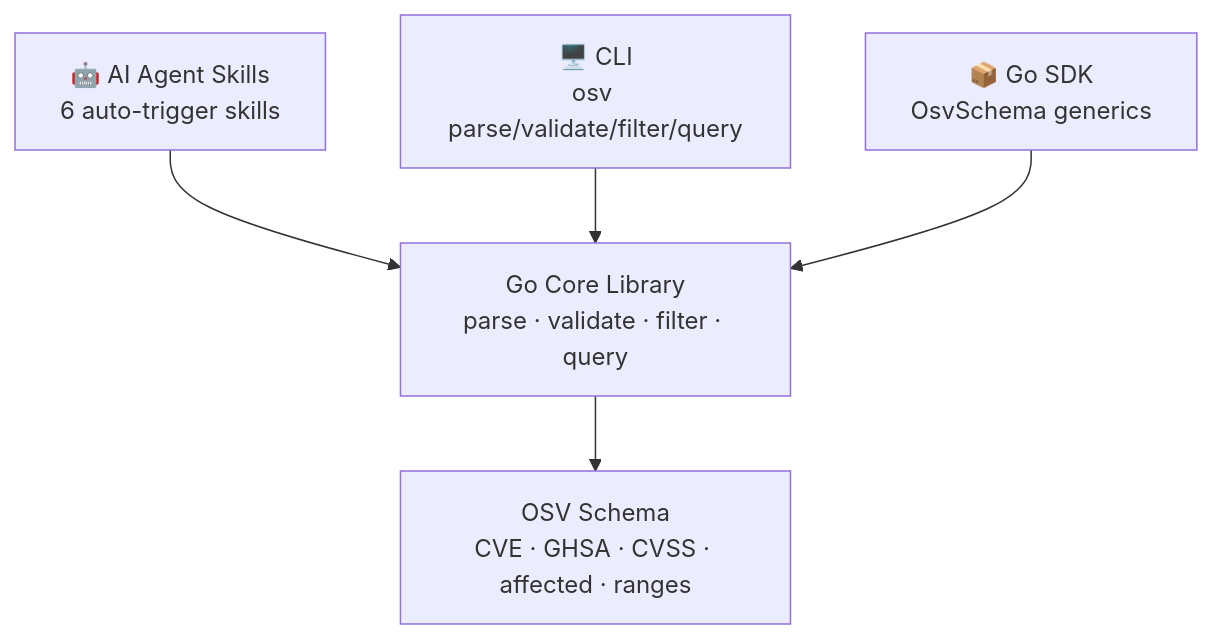
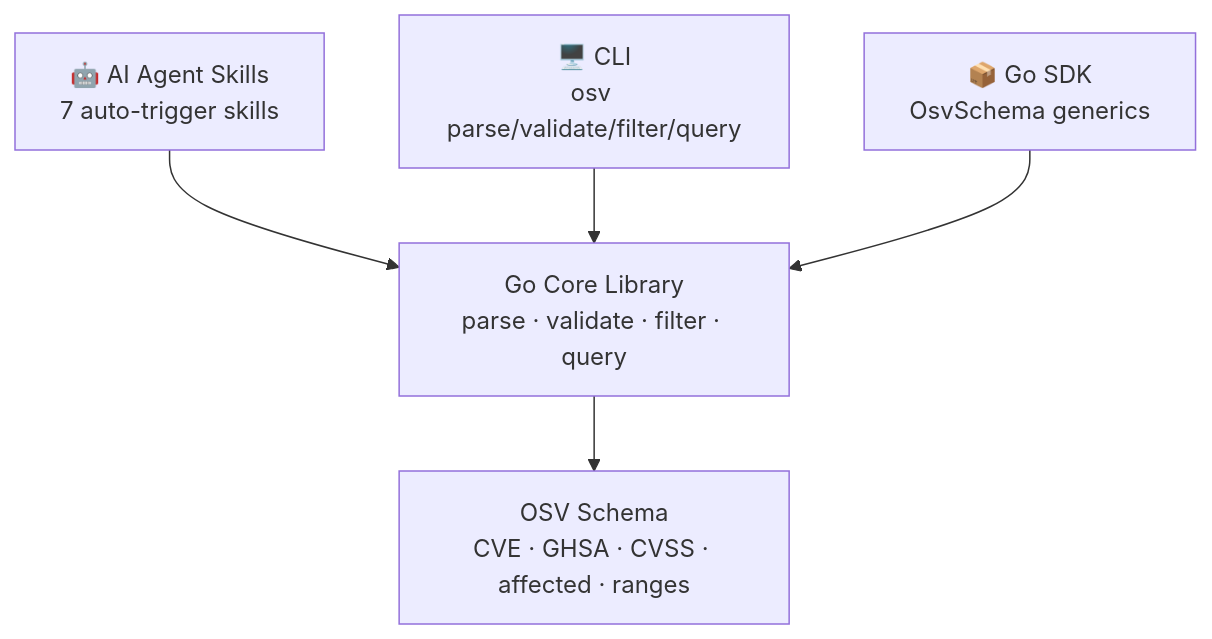
Before and after one commit to scagogogo/osv-schema-skills: the first of 4 diagrams in website/index.md, drawn with Mermaid. The commit also changed other lines of this file and 1 other file, not shown here.

````diff
--- a/website/index.md
+++ b/website/index.md
@@ -88,13 +88,13 @@
 ```mermaid
 graph TD
-  A["🤖 AI Agent Skills<br/>6 auto-trigger skills"]
+  A["🤖 AI Agent Skills<br/>7 auto-trigger skills"]
   C["🖥️ CLI<br/>osv parse/validate/filter/query"]
   S["📦 Go SDK<br/>OsvSchema generics"]
   CORE["Go Core Library<br/>parse · validate · filter · query"]
   OSV["OSV Schema<br/>CVE · GHSA · CVSS · affected · ranges"]
 
   A --> CORE
   C --> CORE
   S --> CORE
   CORE --> OSV
 ```
````
